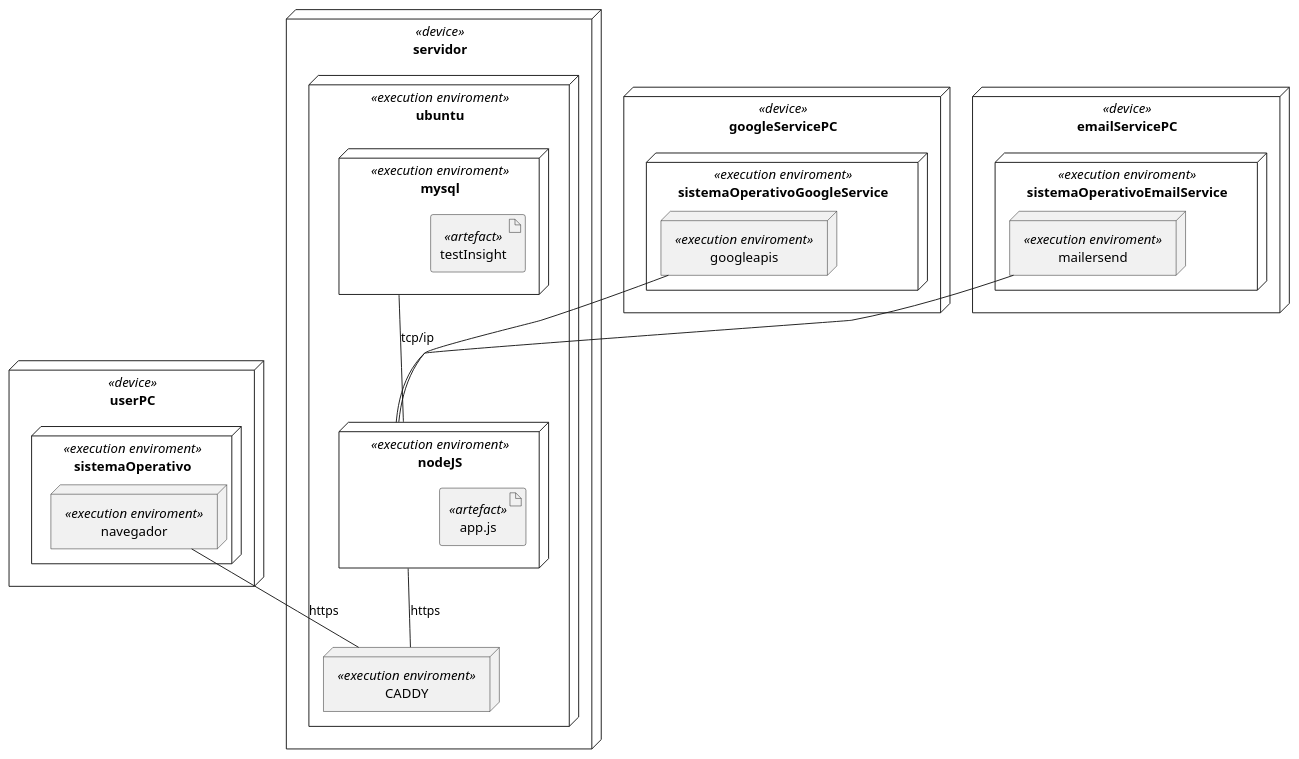
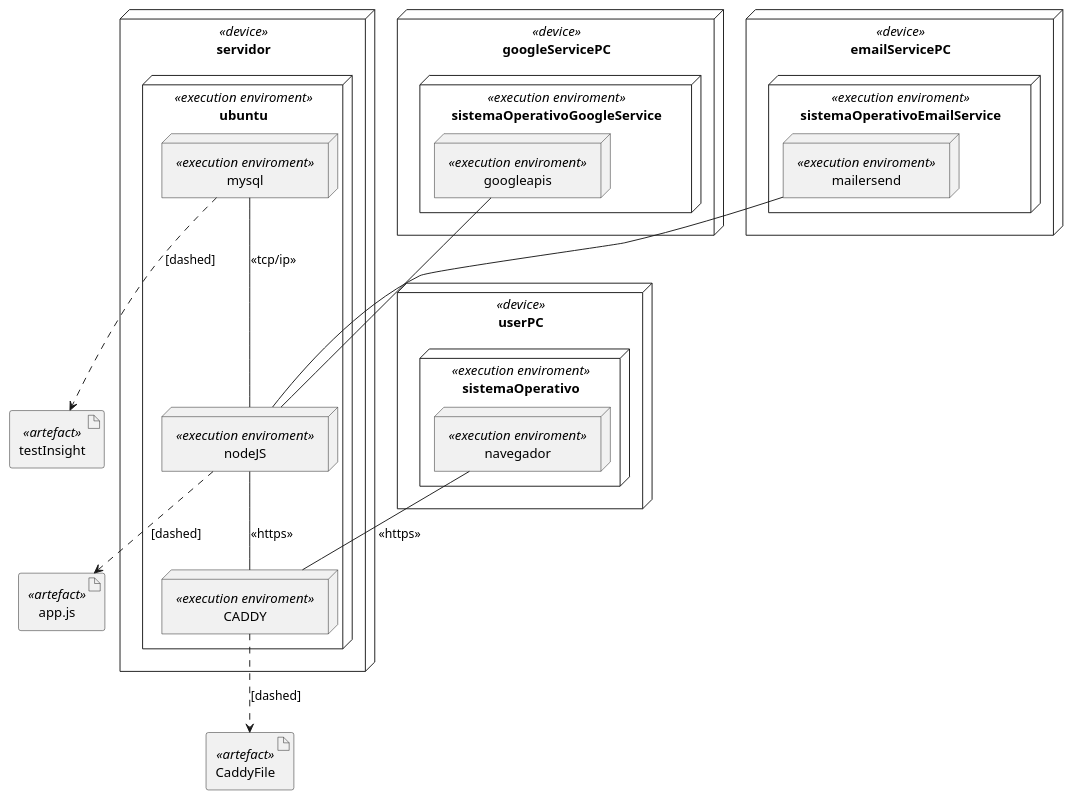
One commit to nicoleum17/TestInsightDX changed the diagram in uml/despliegue.puml. Above: the diagram before and after it, drawn with PlantUML.

Commit message:
docs(deploy diag): change artifacts position

```diff
--- a/uml/despliegue.puml
+++ b/uml/despliegue.puml
@@ -1,47 +1,58 @@
 @startuml Diagrama de Despliegue
 
 node userPC <<device>>{
     node sistemaOperativo <<execution enviroment>>{
         node navegador <<execution enviroment>>{
         }
     }
 }
 
 node servidor <<device>>{
     node ubuntu <<execution enviroment>>{
         node mysql <<execution enviroment>>{
-            artifact testInsight <<artefact>>
+            
         }
         node nodeJS <<execution enviroment>>{
-            artifact app.js <<artefact>>
         }
-        node CADDY <<execution enviroment>>
-        mysql -- nodeJS: tcp/ip
-        nodeJS -- CADDY: https
+        node CADDY <<execution enviroment>>{
+
+        }
+        mysql -- nodeJS: <<tcp/ip>>
+        nodeJS -- CADDY: <<https>>
     }
 }
 
-navegador -- CADDY : https
+artifact testInsight <<artefact>>
+mysql -[dashed]-> testInsight : [dashed]
+
+artifact app.js <<artefact>>
+nodeJS -[dashed]-> app.js : [dashed]
+
+artifact CaddyFile <<artefact>>
+CADDY -[dashed]-> CaddyFile : [dashed]
+
+
+navegador -- CADDY : <<https>>
 
 node googleServicePC <<device>>{
     node sistemaOperativoGoogleService <<execution enviroment>>{
         node googleapis <<execution enviroment>>{
 
         }
     }
 }
 
 googleapis -- nodeJS
 
 
 node emailServicePC <<device>>{
     node sistemaOperativoEmailService <<execution enviroment>>{
         node mailersend <<execution enviroment>>{
 
         }
     }
 }
 
 mailersend -- nodeJS
 
 @enduml
```
